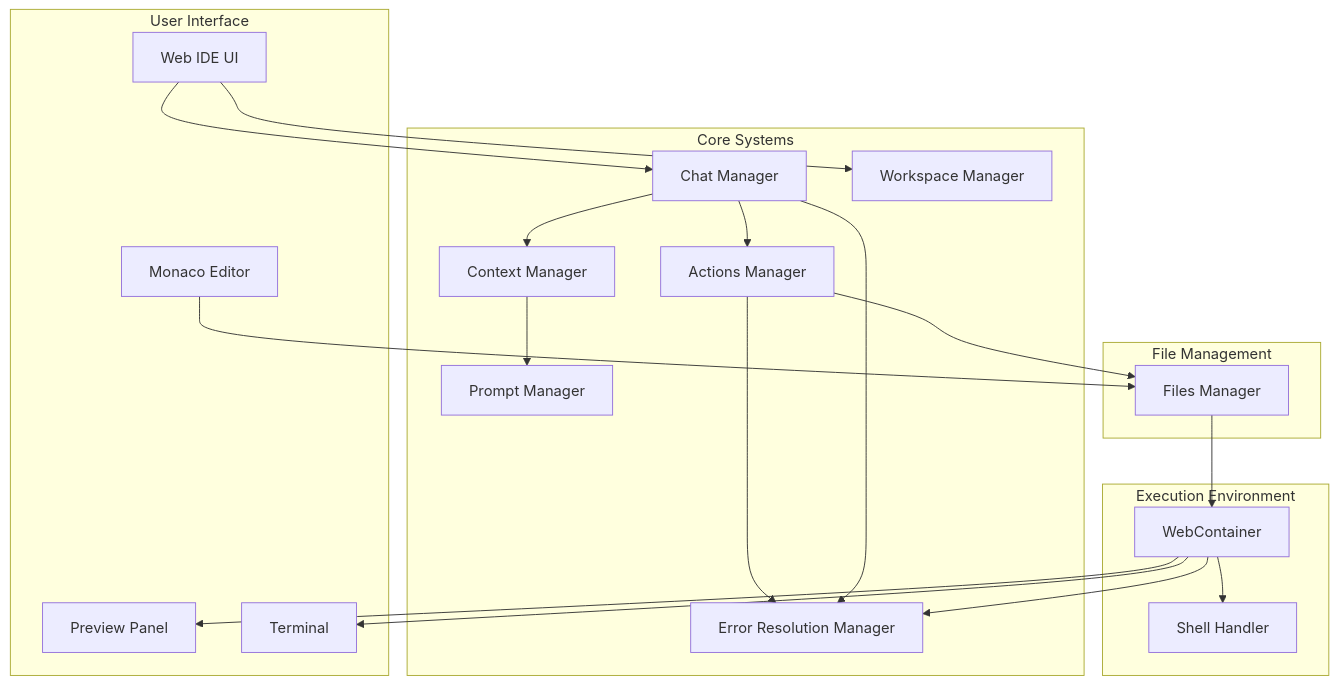
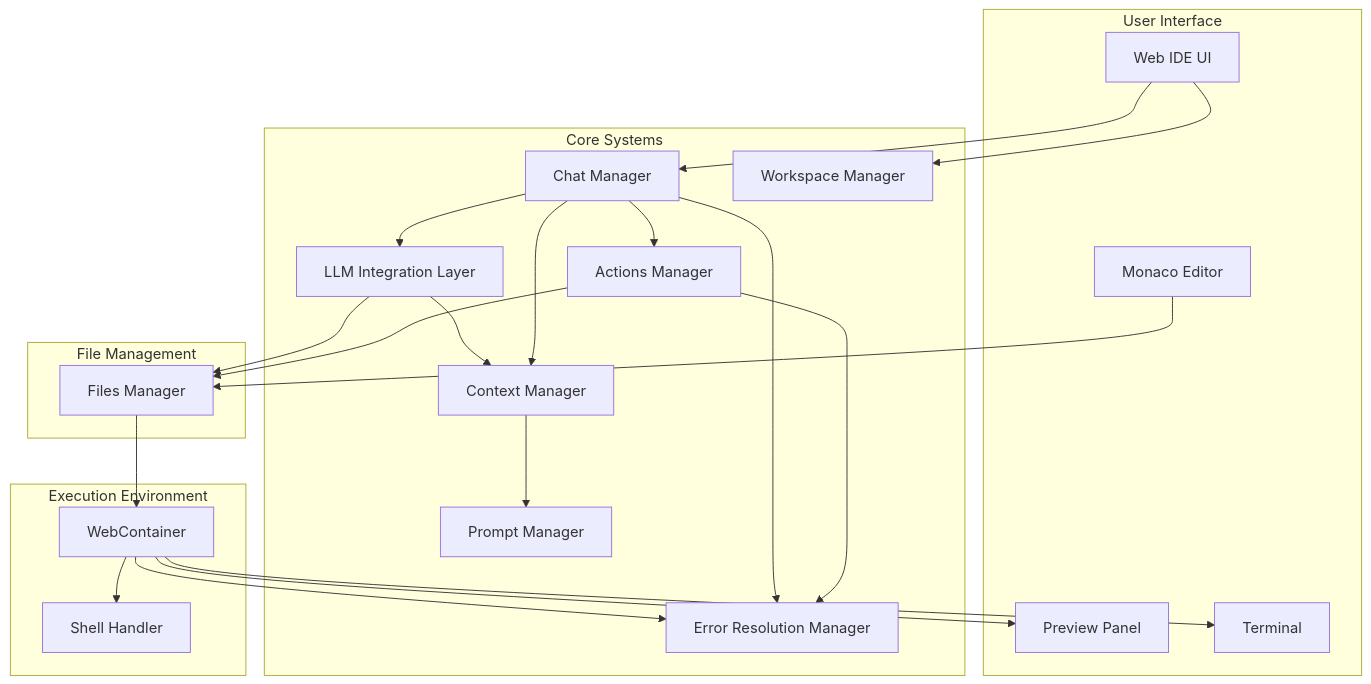
Before and after one commit to mrsimpson/piddie: the first of 18 diagrams in architecture.md, drawn with Mermaid. The commit also changed other lines of this file and 1 other file, not shown here.

Commit message:
Architecture: Add MCP

````diff
--- a/architecture.md
+++ b/architecture.md
@@ -24,46 +24,51 @@
 ```mermaid
 graph TD
     subgraph "User Interface"
         UI[Web IDE UI]
         ED[Monaco Editor]
         PV[Preview Panel]
         TR[Terminal]
     end
 
     subgraph "Core Systems"
         CHM[Chat Manager]
         CM[Context Manager]
         PM[Prompt Manager]
         AM[Actions Manager]
         WM[Workspace Manager]
         ERM[Error Resolution Manager]
+        LIM[LLM Integration Layer]
     end
 
     subgraph "File Management"
         FM[Files Manager]
     end
 
     subgraph "Execution Environment"
         WC[WebContainer]
         SH[Shell Handler]
     end
 
     UI --> CHM
     UI --> WM
     ED --> FM
     
     CHM --> CM
     CM --> PM
     CHM --> AM
     AM --> FM
+    CHM --> LIM
+    
+    LIM --> CM
+    LIM --> FM
     
     FM --> WC
     
     WC --> SH
     WC --> PV
     WC --> TR
     
     WC --> ERM
     AM --> ERM
     CHM --> ERM
 ```
````
